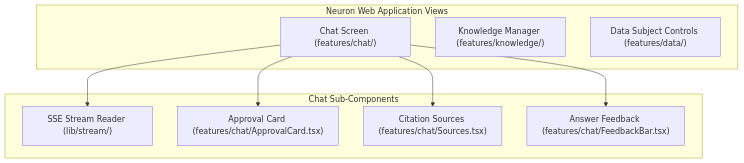
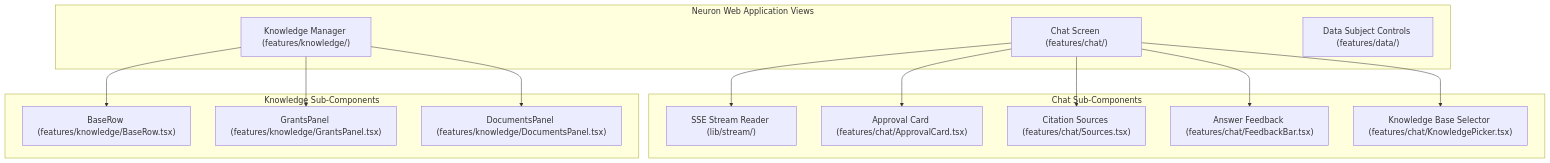
The diagram in docs/product_documentation/how-to/web-application.md (Md-Nisar/neuron), drawn with Mermaid before and after one commit. The commit also changed other lines of this file and 16 other files, not shown here.

````diff
--- a/docs/product_documentation/how-to/web-application.md
+++ b/docs/product_documentation/how-to/web-application.md
@@ -122,20 +123,31 @@
 ```mermaid
 graph TD
     subgraph UI ["Neuron Web Application Views"]
         Chat["Chat Screen (features/chat/)"]
         KnowledgeUI["Knowledge Manager (features/knowledge/)"]
         PrivacyUI["Data Subject Controls (features/data/)"]
     end
 
     subgraph ChatComponents ["Chat Sub-Components"]
         StreamReader["SSE Stream Reader (lib/stream/)"]
         ApprovalModal["Approval Card (features/chat/ApprovalCard.tsx)"]
         SourceDrawer["Citation Sources (features/chat/Sources.tsx)"]
         FeedbackBar["Answer Feedback (features/chat/FeedbackBar.tsx)"]
+        KBPicker["Knowledge Base Selector (features/chat/KnowledgePicker.tsx)"]
+    end
+
+    subgraph KnowledgeComponents ["Knowledge Sub-Components"]
+        BaseList["BaseRow (features/knowledge/BaseRow.tsx)"]
+        GrantsModal["GrantsPanel (features/knowledge/GrantsPanel.tsx)"]
+        DocsPanel["DocumentsPanel (features/knowledge/DocumentsPanel.tsx)"]
     end
 
     Chat --> StreamReader
     Chat --> ApprovalModal
     Chat --> SourceDrawer
     Chat --> FeedbackBar
+    Chat --> KBPicker
+    KnowledgeUI --> BaseList
+    KnowledgeUI --> GrantsModal
+    KnowledgeUI --> DocsPanel
 ```
````
